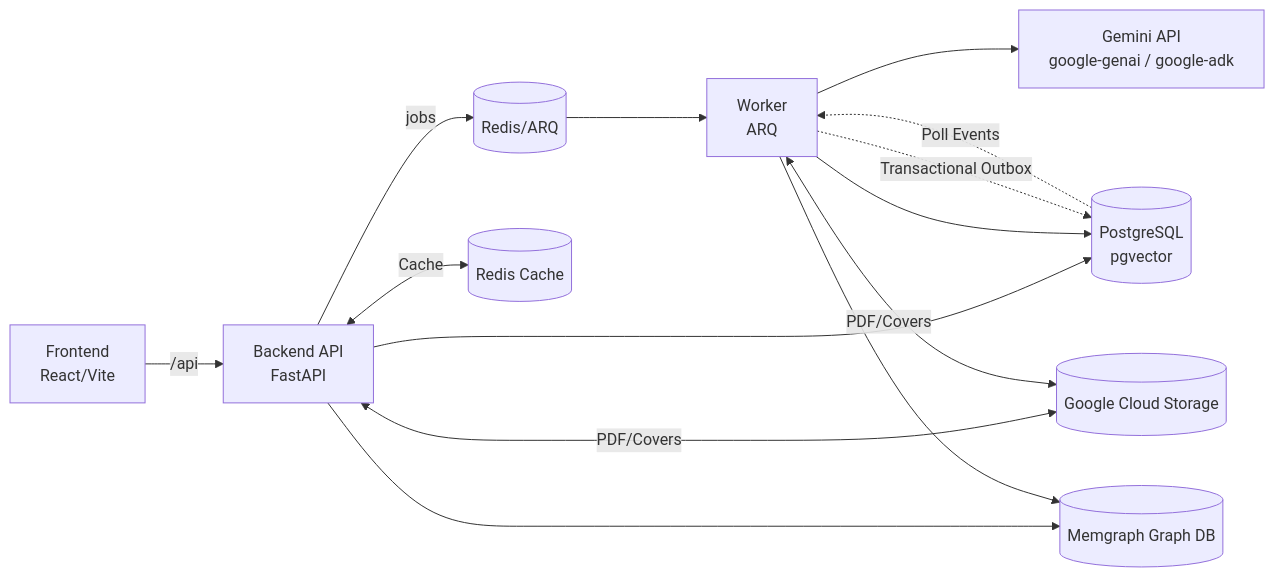
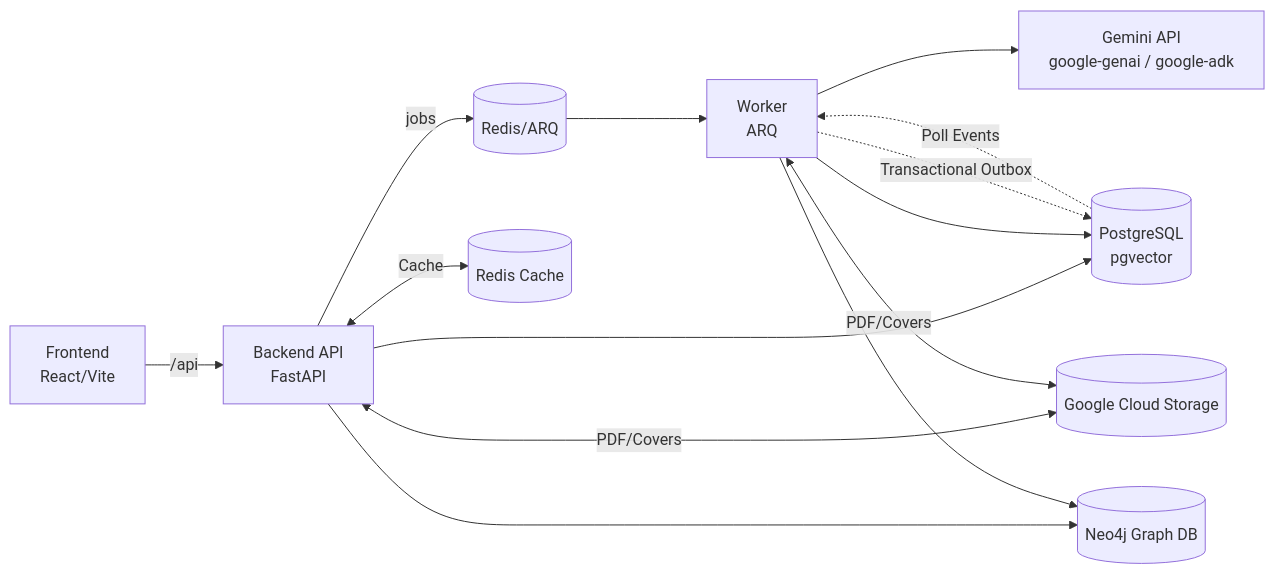
The diagram in docs/main/SYSTEM_DESIGN.md (Kitabim-AI/kitabim-ai), drawn with Mermaid before and after one commit. The commit also changed other lines of this file and 28 other files, not shown here.

Commit message:
chore: migrate knowledge graph infrastructure and documentation from Memgraph to Neo4j

````diff
--- a/docs/main/SYSTEM_DESIGN.md
+++ b/docs/main/SYSTEM_DESIGN.md
@@ -53,16 +53,16 @@
 ```mermaid
 flowchart LR
   FE[Frontend<br/>React/Vite] -->|/api| BE[Backend API<br/>FastAPI]
   BE -->|jobs| RQ[(Redis/ARQ)]
   RQ --> WK[Worker<br/>ARQ]
   WK --> GEM[Gemini API<br/>google-genai / google-adk]
   BE --> DB[(PostgreSQL<br/>pgvector)]
   WK --> DB
   WK -.->|Transactional Outbox| DB
   DB -.->|Poll Events| WK
   BE <-->|PDF/Covers| GCS[(Google Cloud Storage)]
   WK <-->|PDF/Covers| GCS
   BE <--Cache--> CACHE[(Redis Cache)]
-  BE --> MG[(Memgraph Graph DB)]
-  WK --> MG
+  BE --> N4J[(Neo4j Graph DB)]
+  WK --> N4J
 ```
````
